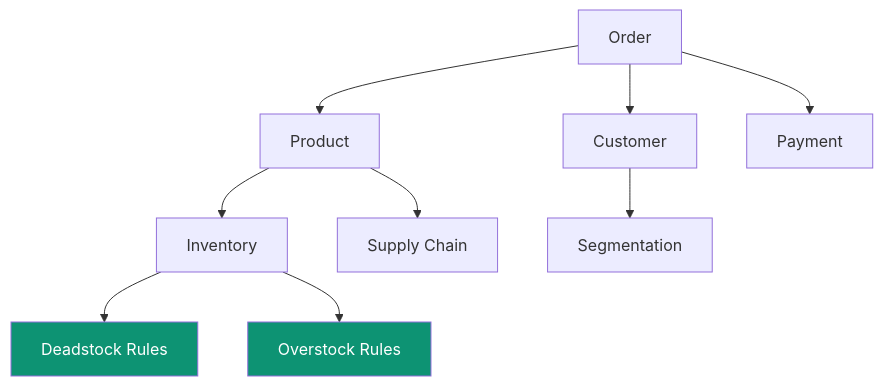
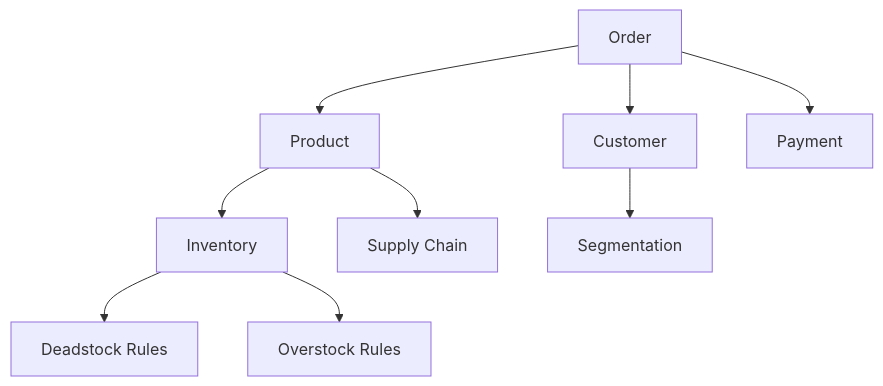
One commit to ashishsuperatom/tech-docs changed the fifth of 6 diagrams in ip/tribal-knowledge.mdx. Above: the diagram before and after it, drawn with Mermaid. The commit also changed other lines of this file and 37 other files, not shown here.

First line of the commit message:
Clean up docs: remove em-dashes, fix mermaid diagrams, remove emojis

````diff
--- a/ip/tribal-knowledge.mdx
+++ b/ip/tribal-knowledge.mdx
@@ -191,10 +186,8 @@
 ```mermaid
 flowchart TD
     ORDER["Order"] --> CUSTOMER["Customer"] & PRODUCT["Product"] & PAYMENT["Payment"]
     PRODUCT --> INVENTORY["Inventory"] & SUPPLY["Supply Chain"]
     CUSTOMER --> SEGMENT["Segmentation"]
     INVENTORY --> DEADSTOCK["Deadstock Rules"] & OVERSTOCK["Overstock Rules"]
 
-    style DEADSTOCK fill:#0D9373,color:#fff
-    style OVERSTOCK fill:#0D9373,color:#fff
 ```
````
